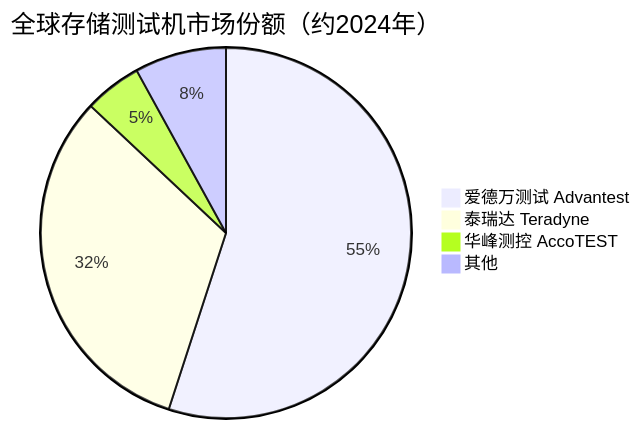
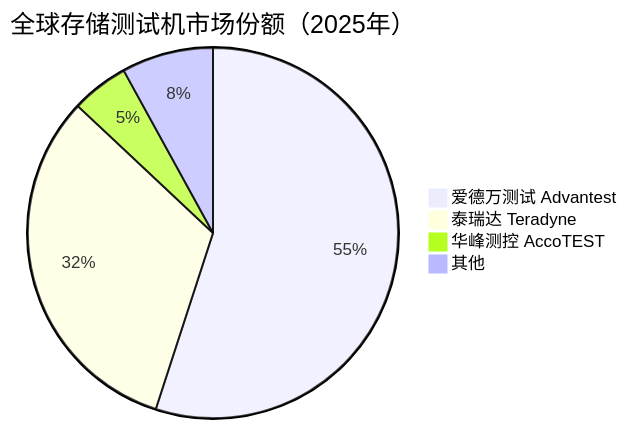
One commit to blueprint1453/industry-insight changed the third of 3 diagrams in 存储产业链/上游/存储测试与老化设备.md. Above: the diagram before and after it, drawn with Mermaid. The commit also changed other lines of this file and 78 other files, not shown here.

````diff
--- a/存储产业链/上游/存储测试与老化设备.md
+++ b/存储产业链/上游/存储测试与老化设备.md
@@ -114,7 +114,7 @@
 ```mermaid
-pie title 全球存储测试机市场份额（约2024年）
+pie title 全球存储测试机市场份额（2025年）
     "爱德万测试 Advantest" : 55
     "泰瑞达 Teradyne" : 32
     "华峰测控 AccoTEST" : 5
     "其他" : 8
 ```
````
